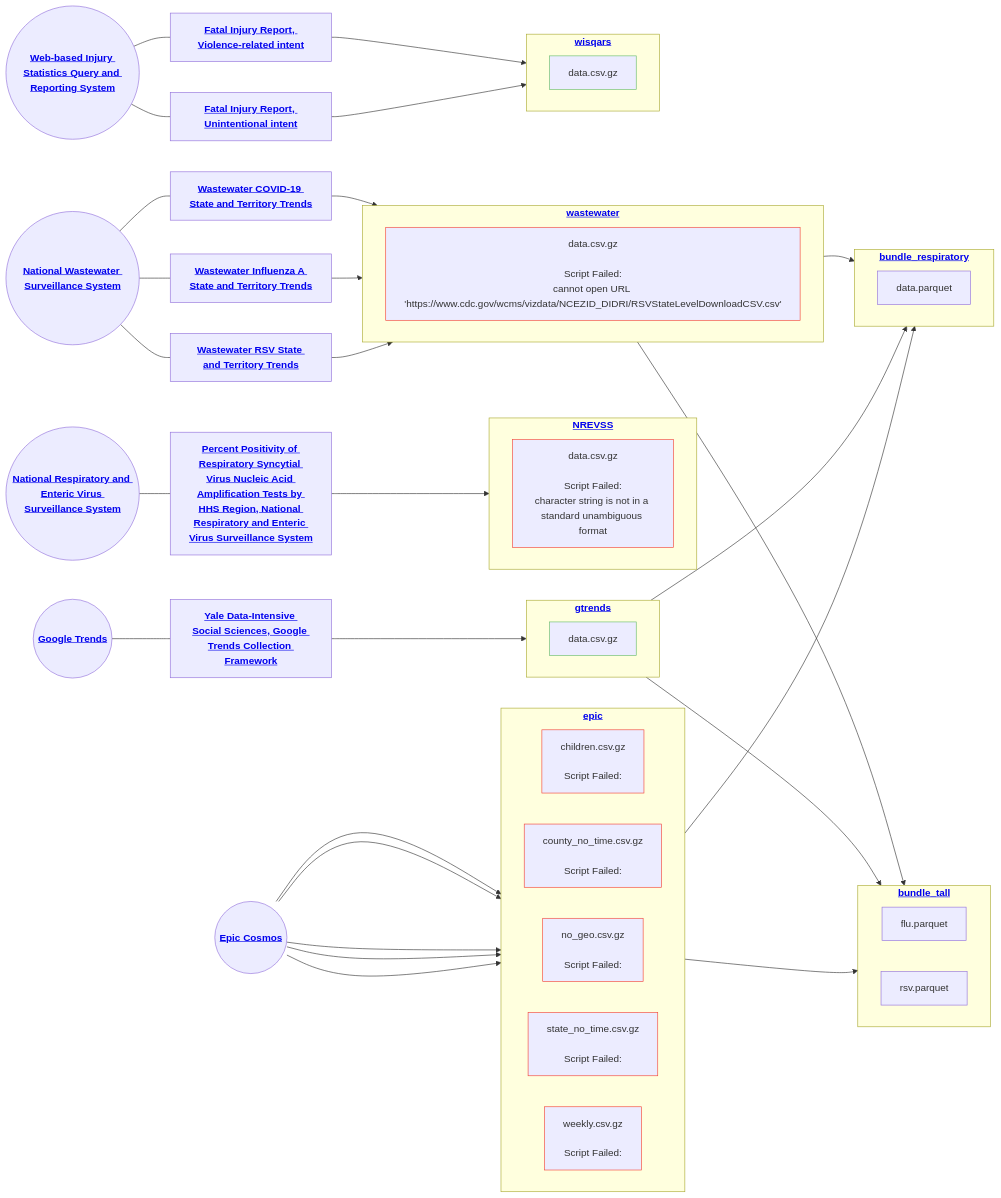
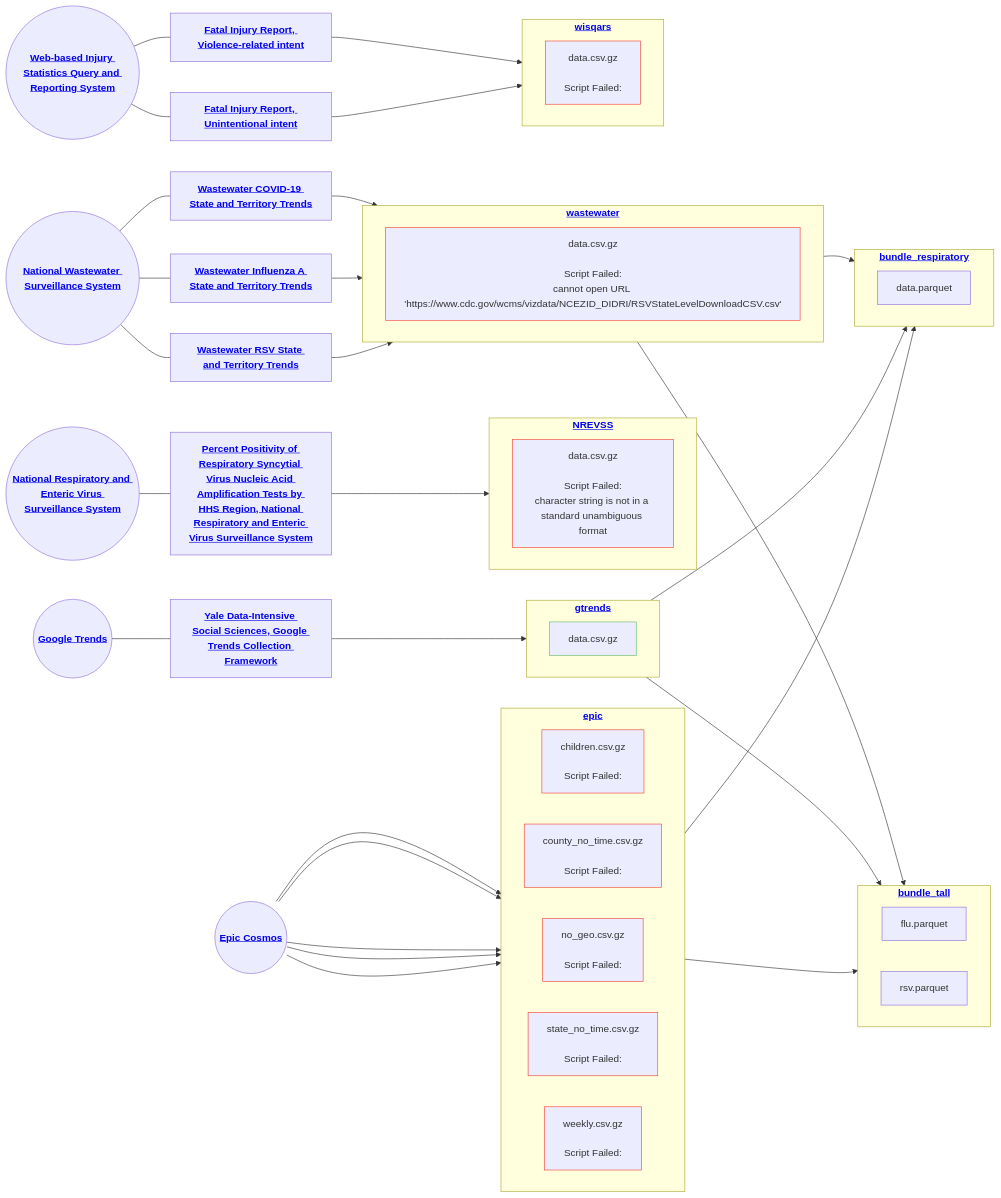
One commit to DISSC-yale/pophive_demo changed the diagram in status.md. Above: the diagram before and after it, drawn with Mermaid. The commit also changed 16 other files, not shown here.

````diff
--- a/status.md
+++ b/status.md
@@ -1,69 +1,69 @@
 ```mermaid
 flowchart LR
     classDef pass stroke:#66bb6a
     classDef warn stroke:#ffa726
     classDef fail stroke:#f44336
     s0(("<strong><a href="https://cosmos.epic.com" target="_blank" rel="noreferrer">Epic Cosmos</a></strong>"))
     s1(("<strong><a href="https://trends.google.com" target="_blank" rel="noreferrer">Google Trends</a></strong>"))
     s3(("<strong><a href="https://www.cdc.gov/nrevss" target="_blank" rel="noreferrer">National Respiratory and Enteric Virus Surveillance System</a></strong>"))
     s5(("<strong><a href="https://www.cdc.gov/nwss" target="_blank" rel="noreferrer">National Wastewater Surveillance System</a></strong>"))
     s9(("<strong><a href="https://wisqars.cdc.gov/" target="_blank" rel="noreferrer">Web-based Injury Statistics Query and Reporting System</a></strong>"))
     subgraph epic["`<strong><a href="https://github.com/dissc-yale/pophive_demo/tree/main/data/epic" target="_blank" rel="noreferrer">epic</a></strong>`"]
         direction LR
         n1["`children.csv.gz<br /><br />Script Failed:<br />`"]:::fail
         n2["`county_no_time.csv.gz<br /><br />Script Failed:<br />`"]:::fail
         n3["`no_geo.csv.gz<br /><br />Script Failed:<br />`"]:::fail
         n4["`state_no_time.csv.gz<br /><br />Script Failed:<br />`"]:::fail
         n5["`weekly.csv.gz<br /><br />Script Failed:<br />`"]:::fail
     end
     subgraph gtrends["`<strong><a href="https://github.com/dissc-yale/pophive_demo/tree/main/data/gtrends" target="_blank" rel="noreferrer">gtrends</a></strong>`"]
         direction LR
         n6["`data.csv.gz`"]:::pass
     end
     subgraph NREVSS["`<strong><a href="https://github.com/dissc-yale/pophive_demo/tree/main/data/NREVSS" target="_blank" rel="noreferrer">NREVSS</a></strong>`"]
         direction LR
         n7["`data.csv.gz<br /><br />Script Failed:<br />character string is not in a standard unambiguous format`"]:::fail
     end
     subgraph wastewater["`<strong><a href="https://github.com/dissc-yale/pophive_demo/tree/main/data/wastewater" target="_blank" rel="noreferrer">wastewater</a></strong>`"]
         direction LR
         n8["`data.csv.gz<br /><br />Script Failed:<br />cannot open URL 'https://www.cdc.gov/wcms/vizdata/NCEZID_DIDRI/RSVStateLevelDownloadCSV.csv'`"]:::fail
     end
     subgraph wisqars["`<strong><a href="https://github.com/dissc-yale/pophive_demo/tree/main/data/wisqars" target="_blank" rel="noreferrer">wisqars</a></strong>`"]
         direction LR
-        n9["`data.csv.gz`"]:::pass
+        n9["`data.csv.gz<br /><br />Script Failed:<br />`"]:::fail
     end
     subgraph bundle_respiratory["`<strong><a href="https://github.com/dissc-yale/pophive_demo/tree/main/data/bundle_respiratory" target="_blank" rel="noreferrer">bundle_respiratory</a></strong>`"]
         direction LR
         n10["`data.parquet`"]
     end
     subgraph bundle_tall["`<strong><a href="https://github.com/dissc-yale/pophive_demo/tree/main/data/bundle_tall" target="_blank" rel="noreferrer">bundle_tall</a></strong>`"]
         direction LR
         n11["`flu.parquet`"]
         n12["`rsv.parquet`"]
     end
     s0 --> n1
     s0 --> n2
     s0 --> n3
     s0 --> n4
     s0 --> n5
     s1---s2["<strong><a href="https://github.com/DISSC-yale/gtrends_collection" target="_blank" rel="noreferrer">Yale Data-Intensive Social Sciences, Google Trends Collection Framework</a></strong>"]
     s2 --> n6
     s3---s4["<strong><a href="https://data.cdc.gov/resource/3cxc-4k8q" target="_blank" rel="noreferrer">Percent Positivity of Respiratory Syncytial Virus Nucleic Acid Amplification Tests by HHS Region, National Respiratory and Enteric Virus Surveillance System</a></strong>"]
     s4 --> n7
     s5---s6["<strong><a href="https://www.cdc.gov/nwss/rv/COVID19-statetrend.html" target="_blank" rel="noreferrer">Wastewater COVID-19 State and Territory Trends</a></strong>"]
     s6 --> n8
     s5---s7["<strong><a href="https://www.cdc.gov/nwss/rv/InfluenzaA-statetrend.html" target="_blank" rel="noreferrer">Wastewater Influenza A State and Territory Trends</a></strong>"]
     s7 --> n8
     s5---s8["<strong><a href="https://www.cdc.gov/nwss/rv/RSV-statetrend.html" target="_blank" rel="noreferrer">Wastewater RSV State and Territory Trends</a></strong>"]
     s8 --> n8
     s9---s10["<strong><a href="https://wisqars.cdc.gov/reports/?o=MORT&i=8&m=20810&s=0&r=0&ry=2&y1=2018&y2=2023&a=ALL&g1=0&g2=199&a1=0&a2=199&r1=MECH&r2=AGEGP&r3=STATE&r4=YEAR&r5=NONE&r6=NONE&g=00&e=0&yp=65&me=0&t=0" target="_blank" rel="noreferrer">Fatal Injury Report, Violence-related intent</a></strong>"]
     s10 --> n9
     s9---s11["<strong><a href="https://wisqars.cdc.gov/reports/?o=MORT&i=1&m=20810&s=0&r=0&ry=2&y1=2018&y2=2023&a=ALL&g1=0&g2=199&a1=0&a2=199&r1=MECH&r2=AGEGP&r3=STATE&r4=YEAR&r5=NONE&r6=NONE&g=00&e=0&yp=65&me=0&t=0" target="_blank" rel="noreferrer">Fatal Injury Report, Unintentional intent</a></strong>"]
     s11 --> n9
     n5 --> bundle_respiratory
     n6 --> bundle_respiratory
     n8 --> bundle_respiratory
     n5 --> bundle_tall
     n6 --> bundle_tall
     n8 --> bundle_tall
 ```
````
